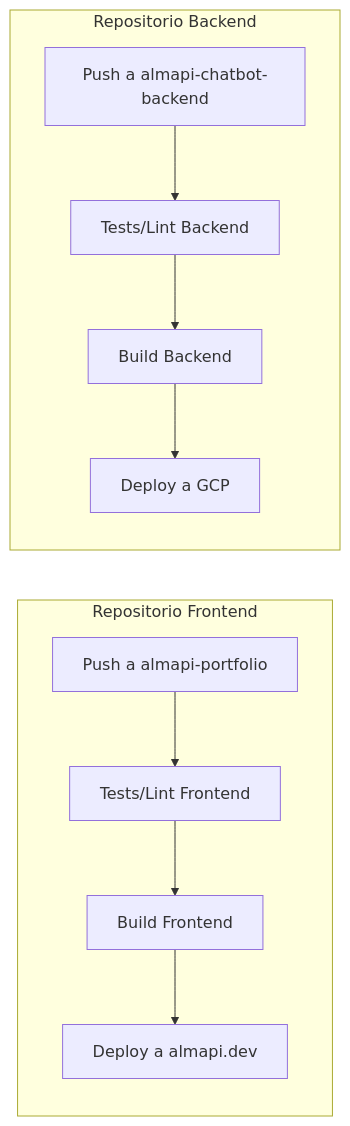
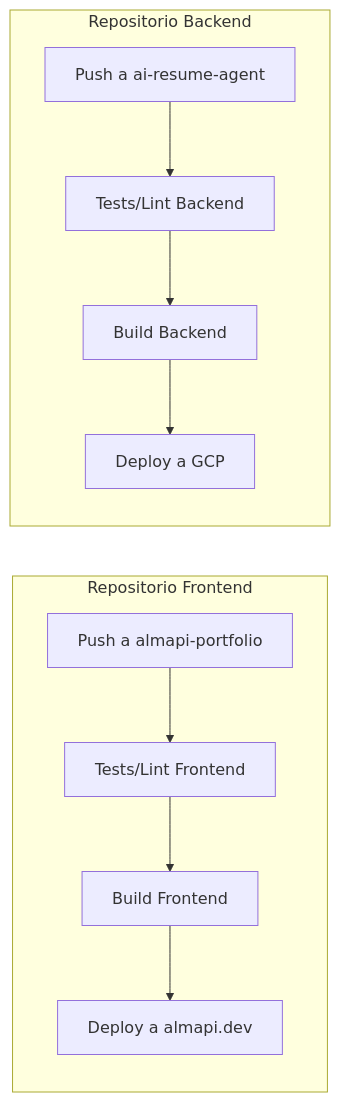
Diagram 27 of 27 in docs/tech-solution.md (LIDR-academy/AI4Devs-finalproject), drawn with Mermaid before and after one commit. The commit also changed other lines of this file and 3 other files, not shown here.

First line of the commit message:
Update backend repo name to ai-resume-agent in docs

````diff
--- a/docs/tech-solution.md
+++ b/docs/tech-solution.md
@@ -1980,14 +1980,14 @@
 ```mermaid
 flowchart LR
     subgraph "Repositorio Frontend"
         A1["Push a almapi-portfolio"] --> B1["Tests/Lint Frontend"]
         B1 --> C1["Build Frontend"]
         C1 --> D1["Deploy a almapi.dev"]
     end
     
     subgraph "Repositorio Backend"
-        A2["Push a almapi-chatbot-backend"] --> B2["Tests/Lint Backend"]
+        A2["Push a ai-resume-agent"] --> B2["Tests/Lint Backend"]
         B2 --> C2["Build Backend"]
         C2 --> D2["Deploy a GCP"]
     end
 ```
````
